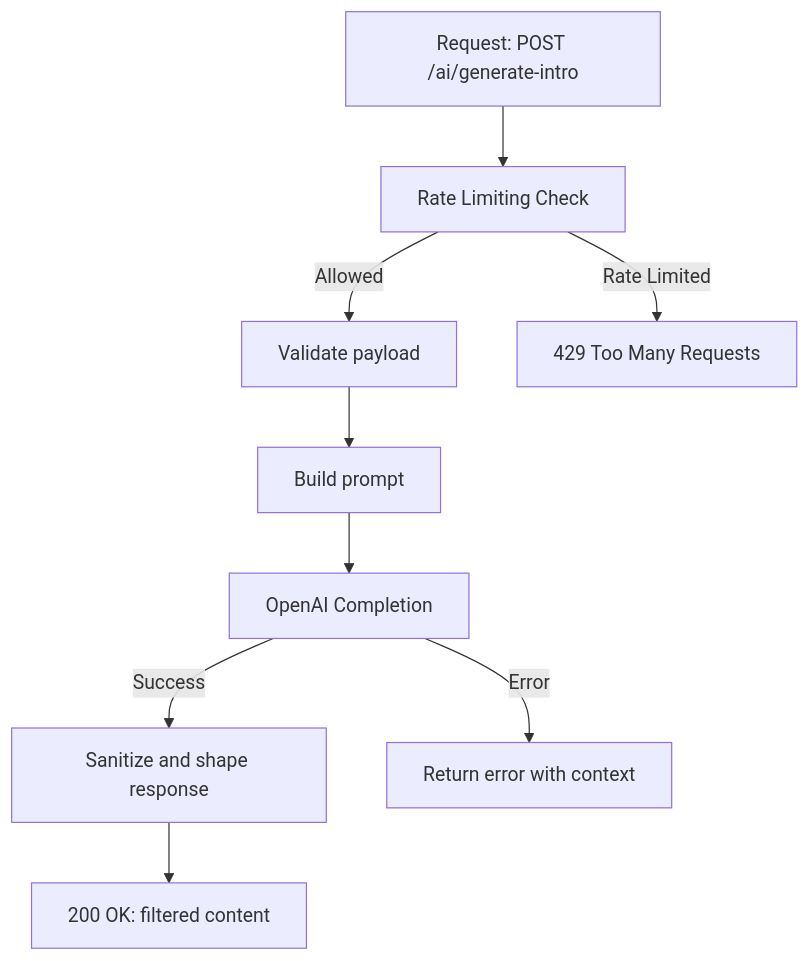
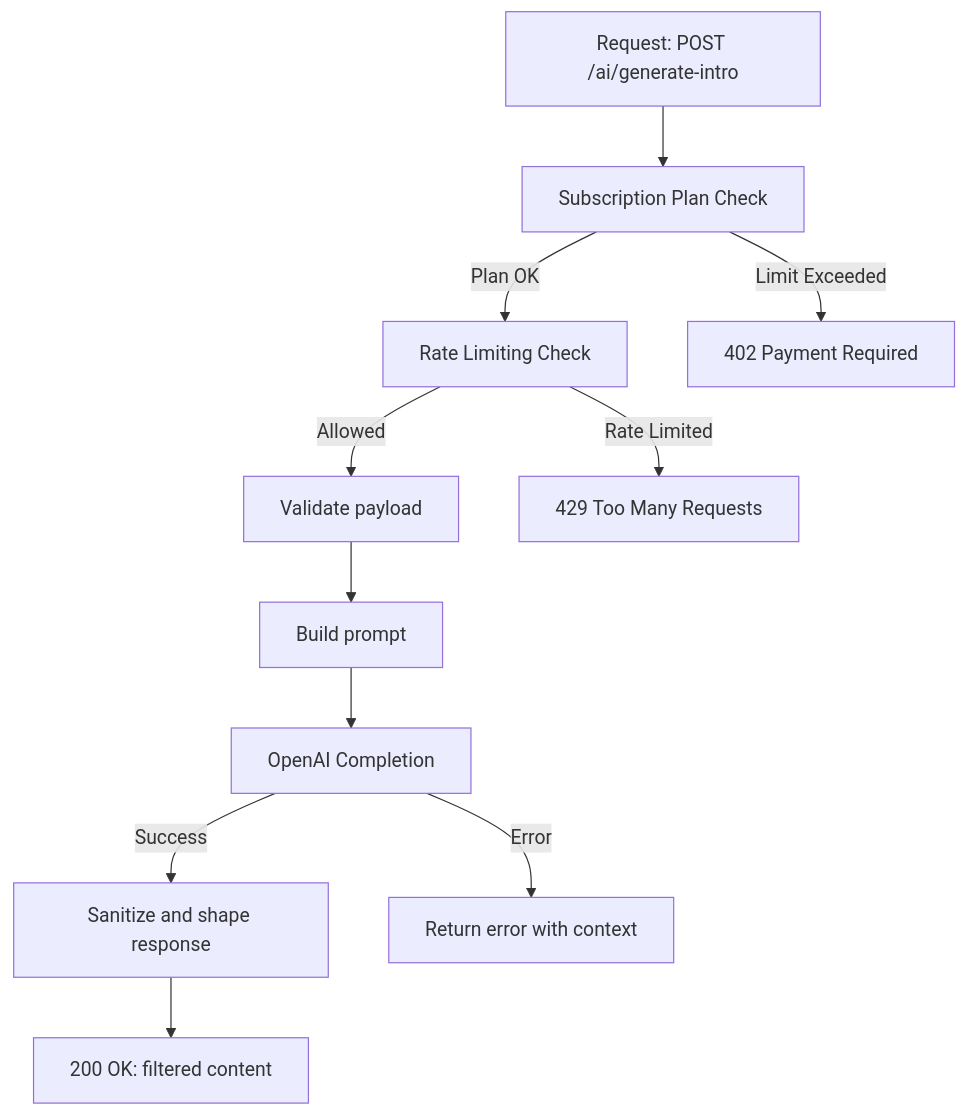
Before and after one commit to Daniel-Fonseca-da-Silva/dafon-cv-api: the third of 9 diagrams in README.md, drawn with Mermaid. The commit also changed other lines of this file and 2 other files, not shown here.

````diff
--- a/README.md
+++ b/README.md
@@ -156,11 +157,13 @@
 ```mermaid
 flowchart TD
-  A[Request: POST /ai/generate-intro] --> B[Rate Limiting Check]
-  B -->|Allowed| C[Validate payload]
-  B -->|Rate Limited| D[429 Too Many Requests]
-  C --> E[Build prompt]
-  E --> F[OpenAI Completion]
-  F -->|Success| G[Sanitize and shape response]
-  F -->|Error| H[Return error with context]
-  G --> I[200 OK: filtered content]
+  A[Request: POST /ai/generate-intro] --> B[Subscription Plan Check]
+  B -->|Plan OK| C[Rate Limiting Check]
+  B -->|Limit Exceeded| Z[402 Payment Required]
+  C -->|Allowed| D[Validate payload]
+  C -->|Rate Limited| E[429 Too Many Requests]
+  D --> F[Build prompt]
+  F --> G[OpenAI Completion]
+  G -->|Success| H[Sanitize and shape response]
+  G -->|Error| I[Return error with context]
+  H --> J[200 OK: filtered content]
 ```
````
